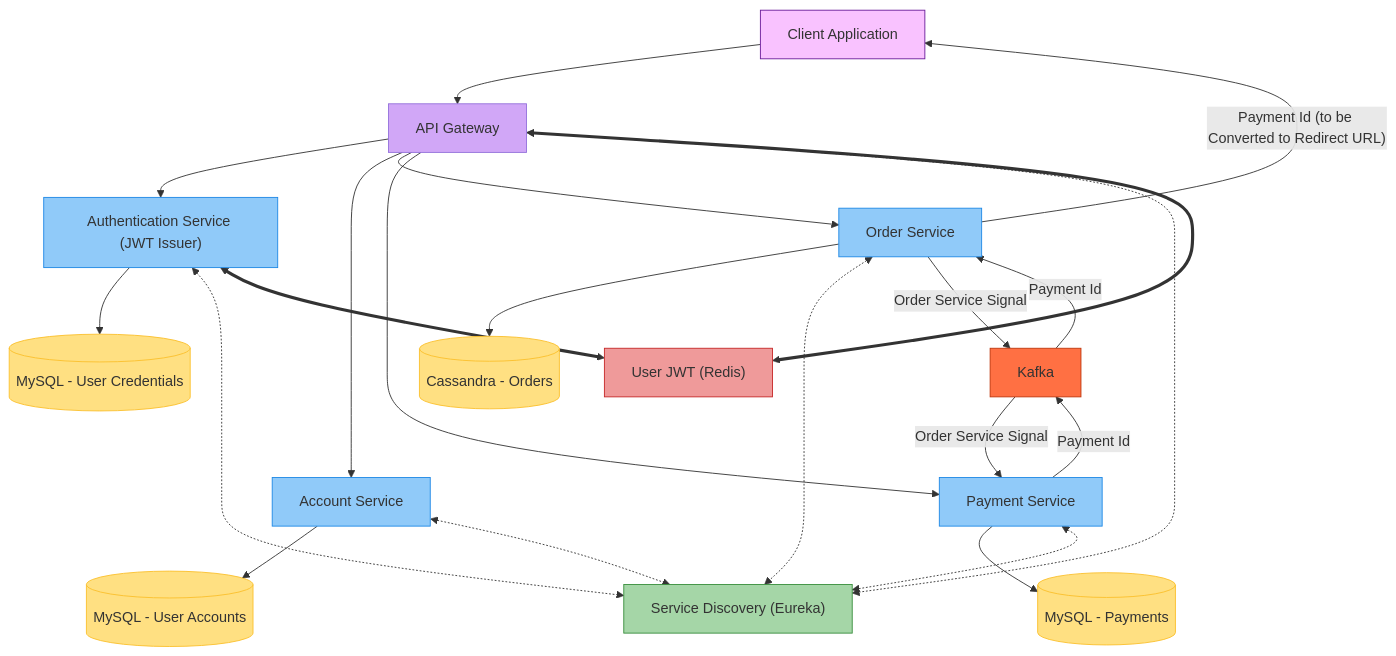
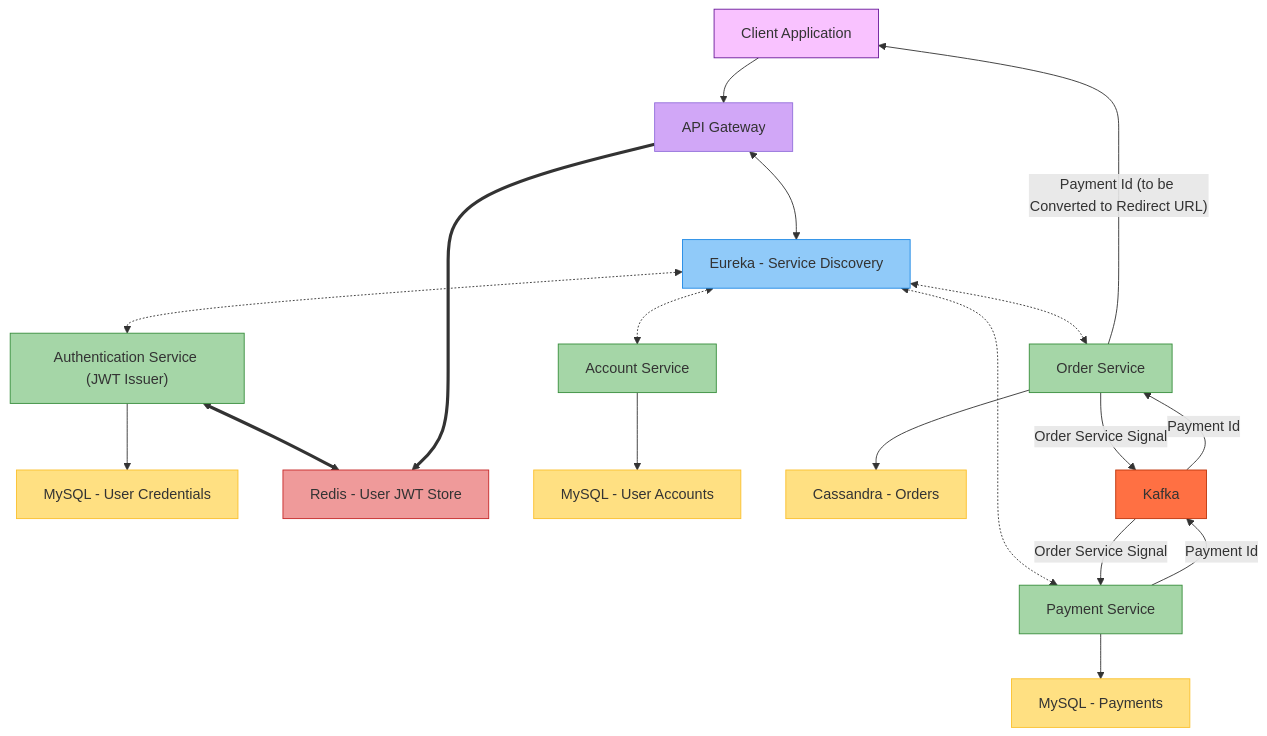
One commit to EricYoung37/sMall changed the diagram in README.md. Above: the diagram before and after it, drawn with Mermaid. The commit also changed other lines of this file, not shown here.

````diff
--- a/README.md
+++ b/README.md
@@ -6,48 +6,42 @@
 ```mermaid
 graph TD
-    ClientApp[Client Application] --> APIGateway[API Gateway]
+    ClientApp["Client Application"] --> APIGateway[API Gateway]
+    
+    APIGateway <--> Eureka[Eureka - Service Discovery]
+    Eureka <.-> AuthService["Authentication Service (JWT Issuer)"]
+    Eureka <.-> AccountService[Account Service]
+    Eureka <.-> OrderService[Order Service]
+    Eureka <.-> PaymentService[Payment Service]
 
-    APIGateway --> AuthService["Authentication Service (JWT Issuer)"]
-    APIGateway --> AccountService[Account Service]
-    APIGateway --> OrderService[Order Service]
-    APIGateway --> PaymentService[Payment Service]
+    AuthService --> MySQL_Credentials[MySQL - User Credentials]
+    AuthService <==> Redis["Redis - User JWT Store"]
+    APIGateway ==> Redis
     
-    OrderService -- "Payment Id (to be Converted to Redirect URL)" --> ClientApp
-    
-    AccountService --> MySQL_Accounts[(MySQL - User Accounts)]
-    AuthService --> MySQL_Credentials[(MySQL - User Credentials)]
-    OrderService --> CassandraOrders[(Cassandra - Orders)]
-    PaymentService --> MySQL_Payments[(MySQL - Payments)]
-    
-    AccountService <.-> Eureka["Service Discovery (Eureka)"]
-    AuthService <.-> Eureka
-    OrderService <.-> Eureka
-    PaymentService <.-> Eureka
-    APIGateway <.-> Eureka
-
-    AuthService <==> Redis["User JWT (Redis)"]
-    APIGateway <==> Redis
+    AccountService --> MySQL_Accounts[MySQL - User Accounts]
+    OrderService --> CassandraOrders[Cassandra - Orders]
+    PaymentService --> MySQL_Payments[MySQL - Payments]
     
     OrderService --Order Service Signal--> Kafka
     Kafka --Order Service Signal--> PaymentService
     PaymentService --Payment Id--> Kafka
     Kafka --Payment Id--> OrderService
+    OrderService -- "Payment Id (to be Converted to Redirect URL)" --> ClientApp
     
     %% Define styles for different categories
     classDef clientApp fill:#f9c2ff,stroke:#6a1b9a;
     classDef apiGateway fill:#d1a7f7;
-    classDef services fill:#90caf9,stroke:#1e88e5;
-    classDef serviceDiscovery fill:#a5d6a7,stroke:#388e3c;
+    classDef serviceDiscovery fill:#90caf9,stroke:#1e88e5;
+    classDef services fill:#a5d6a7,stroke:#388e3c;
     classDef kafka fill:#ff7043,stroke:#bf360c;
     classDef redis fill:#ef9a9a,stroke:#c62828;
     classDef databases fill:#ffe082,stroke:#fbc02d;
     
     %% Apply styles
     class ClientApp clientApp;
     class APIGateway apiGateway;
     class AuthService,AccountService,OrderService,PaymentService services;
     class Eureka serviceDiscovery;
     class Kafka kafka;
     class Redis redis;
     class MySQL_Accounts,MySQL_Credentials,CassandraOrders,MySQL_Payments databases;
 ```
````
